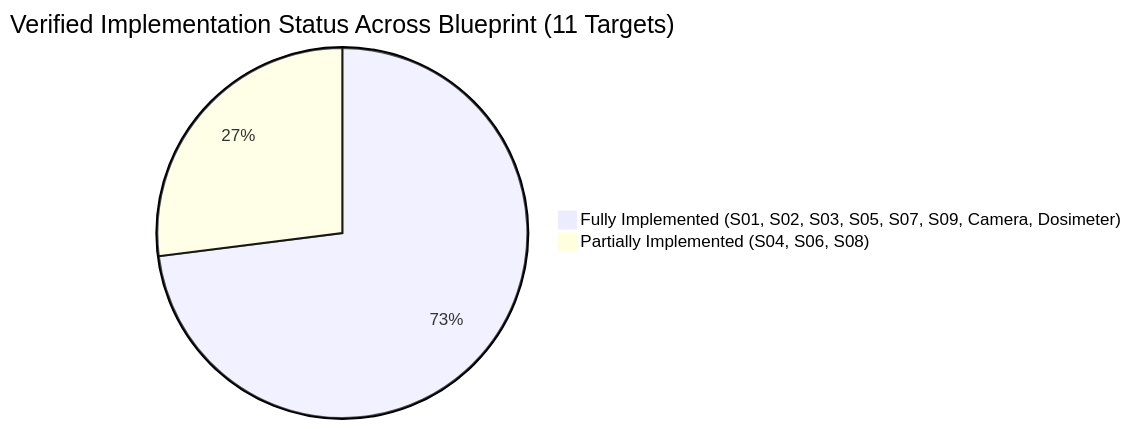
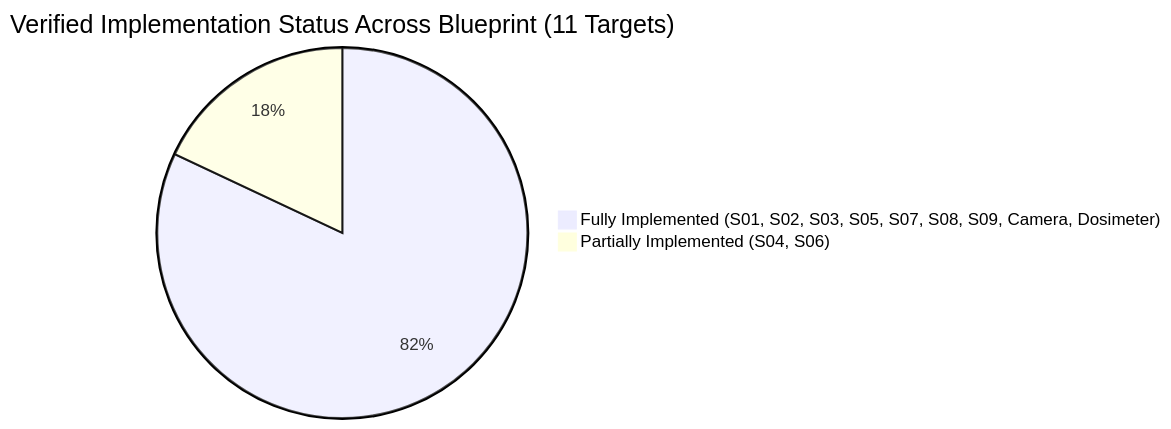
The diagram in decibel_x_blueprint_audit.md (ShahriarHossainDev/SoundMeterPremium), drawn with Mermaid before and after one commit. The commit also changed other lines of this file and 12 other files, not shown here.

````diff
--- a/decibel_x_blueprint_audit.md
+++ b/decibel_x_blueprint_audit.md
@@ -157,5 +205,5 @@
 ```mermaid
 pie title Verified Implementation Status Across Blueprint (11 Targets)
-    "Fully Implemented (S01, S02, S03, S05, S07, S09, Camera, Dosimeter)" : 73
-    "Partially Implemented (S04, S06, S08)" : 27
+    "Fully Implemented (S01, S02, S03, S05, S07, S08, S09, Camera, Dosimeter)" : 82
+    "Partially Implemented (S04, S06)" : 18
 ```
````
